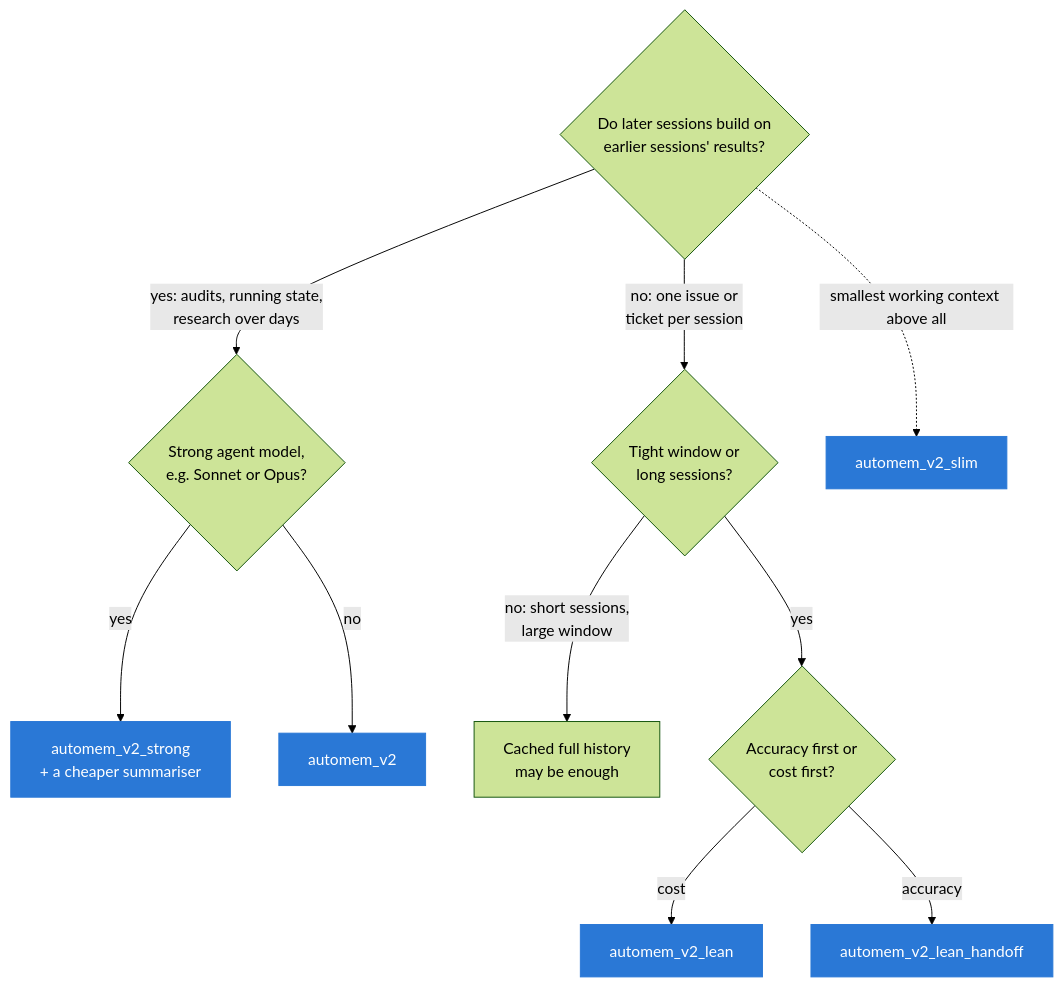
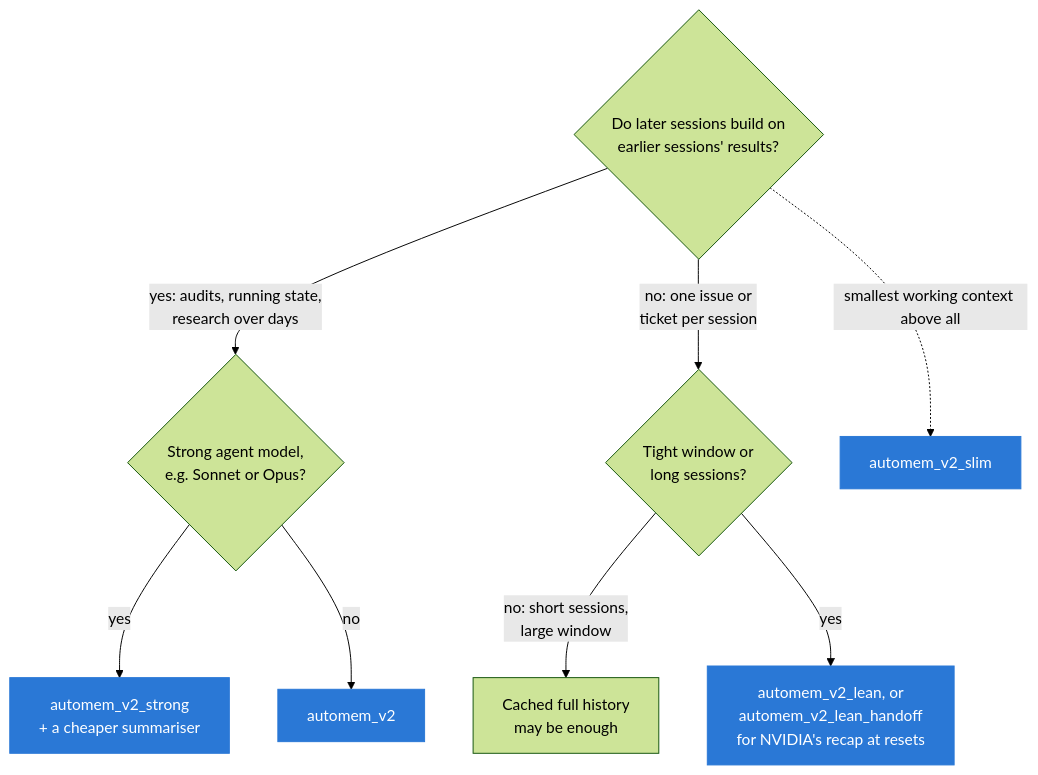
One commit to GaryTang32/Efficient-Agent-Memory changed the second of 4 diagrams in README.md. Above: the diagram before and after it, drawn with Mermaid (forest theme). The commit also changed other lines of this file and 34 other files, not shown here.

````diff
--- a/README.md
+++ b/README.md
@@ -199,16 +256,14 @@
 ```mermaid
 flowchart TD
     Q1{Do later sessions build on<br/>earlier sessions' results?}
     Q1 -- "yes: audits, running state,<br/>research over days" --> Q2{Strong agent model,<br/>e.g. Sonnet or Opus?}
     Q2 -- yes --> P1[automem_v2_strong<br/>+ a cheaper summariser]
     Q2 -- no --> P2[automem_v2]
     Q1 -- "no: one issue or<br/>ticket per session" --> Q3{Tight window or<br/>long sessions?}
     Q3 -- "no: short sessions,<br/>large window" --> P3[Cached full history<br/>may be enough]
-    Q3 -- yes --> Q4{Accuracy first or<br/>cost first?}
-    Q4 -- cost --> P4[automem_v2_lean]
-    Q4 -- accuracy --> P5[automem_v2_lean_handoff]
+    Q3 -- yes --> P4[automem_v2_lean, or<br/>automem_v2_lean_handoff<br/>for NVIDIA's recap at resets]
     Q1 -.->|smallest working context above all| P6[automem_v2_slim]
 
     classDef preset fill:#2a78d6,stroke:#2a78d6,color:#ffffff
-    class P1,P2,P4,P5,P6 preset
+    class P1,P2,P4,P6 preset
 ```
````
